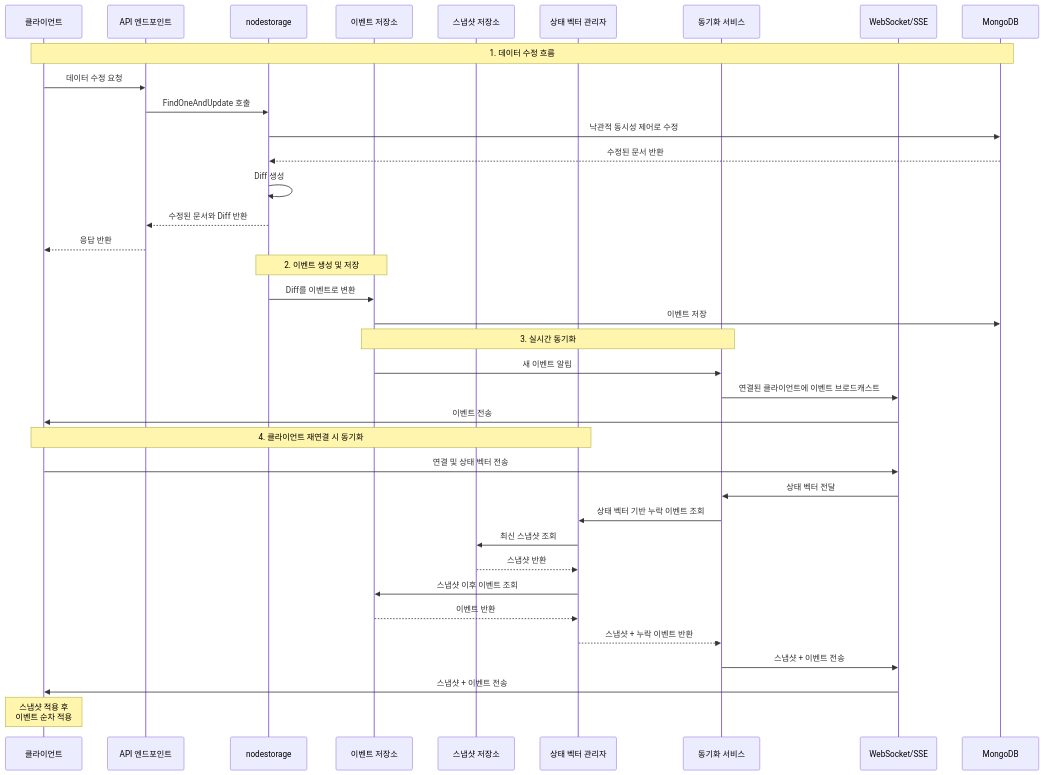
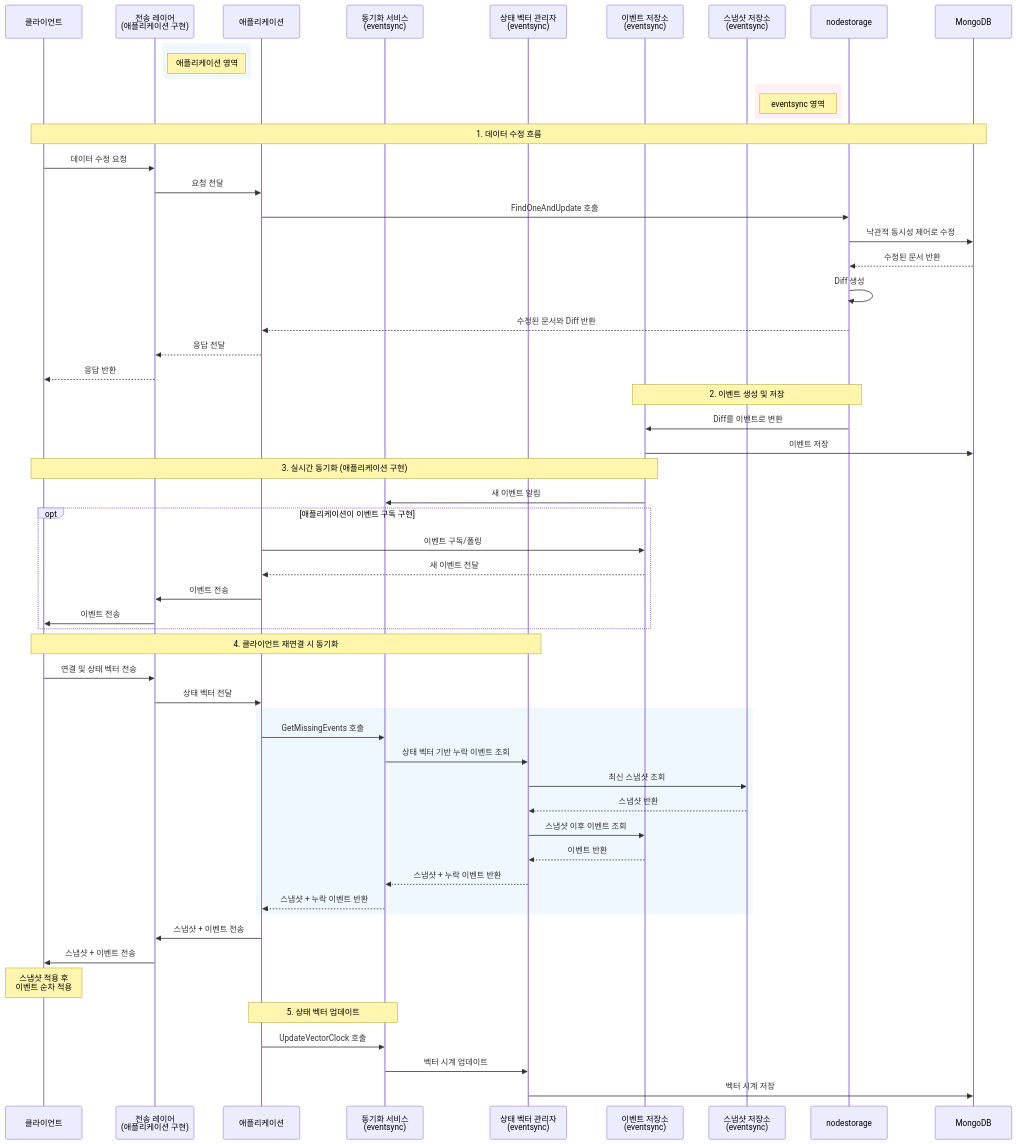
The second of 9 diagrams in eventsync/README.md (homveloper/boss-raid-game), drawn with Mermaid before and after one commit. The commit also changed other lines of this file and 30 other files, not shown here.

````diff
--- a/eventsync/README.md
+++ b/eventsync/README.md
@@ -76,48 +131,77 @@
 ```mermaid
 sequenceDiagram
     participant Client as 클라이언트
-    participant API as API 엔드포인트
+    participant TRANS as 전송 레이어<br>(애플리케이션 구현)
+    participant APP as 애플리케이션
+
+    participant SYNC as 동기화 서비스<br>(eventsync)
+    participant SV as 상태 벡터 관리자<br>(eventsync)
+    participant ES as 이벤트 저장소<br>(eventsync)
+    participant SS as 스냅샷 저장소<br>(eventsync)
+
     participant NS as nodestorage
-    participant ES as 이벤트 저장소
-    participant SS as 스냅샷 저장소
-    participant SV as 상태 벡터 관리자
-    participant SYNC as 동기화 서비스
-    participant WS as WebSocket/SSE
     participant MongoDB as MongoDB
+
+    rect rgb(240, 248, 255)
+    Note right of TRANS: 애플리케이션 영역
+    end
+
+    rect rgb(255, 240, 245)
+    Note right of SS: eventsync 영역
+    end
 
     Note over Client,MongoDB: 1. 데이터 수정 흐름
 
-    Client->>API: 데이터 수정 요청
-    API->>NS: FindOneAndUpdate 호출
+    Client->>TRANS: 데이터 수정 요청
+    TRANS->>APP: 요청 전달
+    APP->>NS: FindOneAndUpdate 호출
     NS->>MongoDB: 낙관적 동시성 제어로 수정
     MongoDB-->>NS: 수정된 문서 반환
     NS->>NS: Diff 생성
-    NS-->>API: 수정된 문서와 Diff 반환
-    API-->>Client: 응답 반환
+    NS-->>APP: 수정된 문서와 Diff 반환
+    APP-->>TRANS: 응답 전달
+    TRANS-->>Client: 응답 반환
 
     Note over NS,ES: 2. 이벤트 생성 및 저장
 
     NS->>ES: Diff를 이벤트로 변환
     ES->>MongoDB: 이벤트 저장
 
-    Note over ES,SYNC: 3. 실시간 동기화
+    Note over ES,Client: 3. 실시간 동기화 (애플리케이션 구현)
 
     ES->>SYNC: 새 이벤트 알림
-    SYNC->>WS: 연결된 클라이언트에 이벤트 브로드캐스트
-    WS->>Client: 이벤트 전송
+
+    opt 애플리케이션이 이벤트 구독 구현
+        APP->>ES: 이벤트 구독/폴링
+        ES-->>APP: 새 이벤트 전달
+        APP->>TRANS: 이벤트 전송
+        TRANS->>Client: 이벤트 전송
+    end
 
     Note over Client,SV: 4. 클라이언트 재연결 시 동기화
 
-    Client->>WS: 연결 및 상태 벡터 전송
-    WS->>SYNC: 상태 벡터 전달
+    Client->>TRANS: 연결 및 상태 벡터 전송
+    TRANS->>APP: 상태 벡터 전달
+
+    rect rgb(240, 248, 255)
+    APP->>SYNC: GetMissingEvents 호출
     SYNC->>SV: 상태 벡터 기반 누락 이벤트 조회
     SV->>SS: 최신 스냅샷 조회
     SS-->>SV: 스냅샷 반환
     SV->>ES: 스냅샷 이후 이벤트 조회
     ES-->>SV: 이벤트 반환
     SV-->>SYNC: 스냅샷 + 누락 이벤트 반환
-    SYNC->>WS: 스냅샷 + 이벤트 전송
-    WS->>Client: 스냅샷 + 이벤트 전송
+    SYNC-->>APP: 스냅샷 + 누락 이벤트 반환
+    end
+
+    APP->>TRANS: 스냅샷 + 이벤트 전송
+    TRANS->>Client: 스냅샷 + 이벤트 전송
 
     Note over Client: 스냅샷 적용 후<br>이벤트 순차 적용
+
+    Note over APP,SYNC: 5. 상태 벡터 업데이트
+
+    APP->>SYNC: UpdateVectorClock 호출
+    SYNC->>SV: 벡터 시계 업데이트
+    SV->>MongoDB: 벡터 시계 저장
 ```
````
